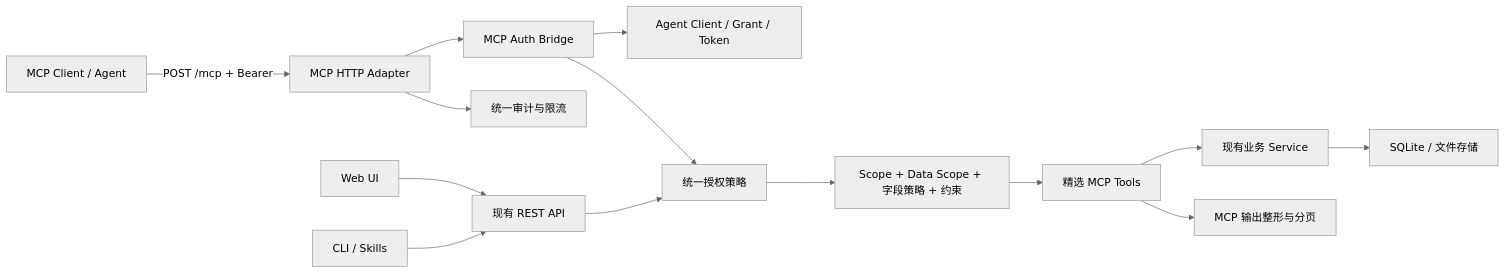
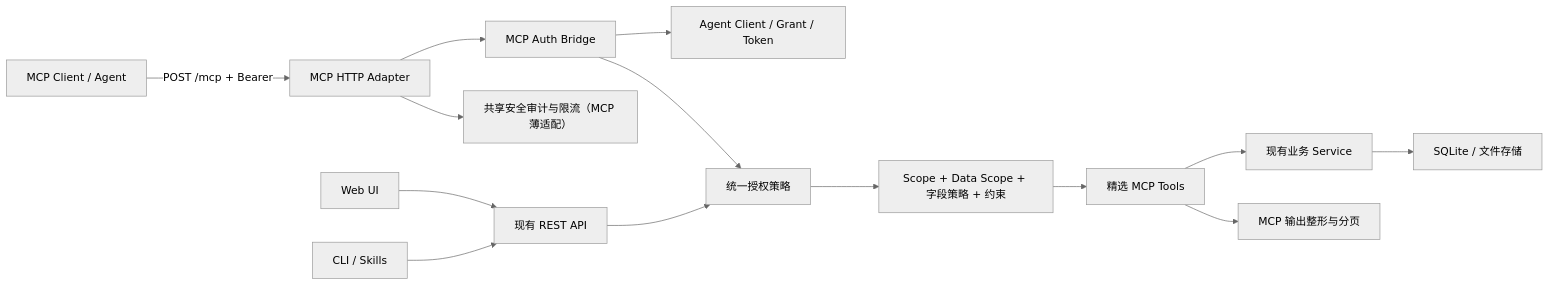
Before and after one commit to wangminle/home-bookshelf-management-v1: the diagram in design/plans/家庭图书管理系统-MCP接口设计与WBS-20260821.md, drawn with Mermaid (neutral theme). The commit also changed other lines of this file and 22 other files, not shown here.

````diff
--- a/design/plans/家庭图书管理系统-MCP接口设计与WBS-20260821.md
+++ b/design/plans/家庭图书管理系统-MCP接口设计与WBS-20260821.md
@@ -82,17 +83,17 @@
 ```mermaid
 flowchart LR
     C["MCP Client / Agent"] -->|"POST /mcp + Bearer"| M["MCP HTTP Adapter"]
     M --> A["MCP Auth Bridge"]
     A --> G["Agent Client / Grant / Token"]
     A --> P["统一授权策略"]
     P --> S["Scope + Data Scope + 字段策略 + 约束"]
     S --> T["精选 MCP Tools"]
     T --> B["现有业务 Service"]
     B --> D["SQLite / 文件存储"]
     T --> O["MCP 输出整形与分页"]
-    M --> L["统一审计与限流"]
+    M --> L["共享安全审计与限流（MCP 薄适配）"]
 
     R["现有 REST API"] --> P
     W["Web UI"] --> R
     K["CLI / Skills"] --> R
 ```
````
